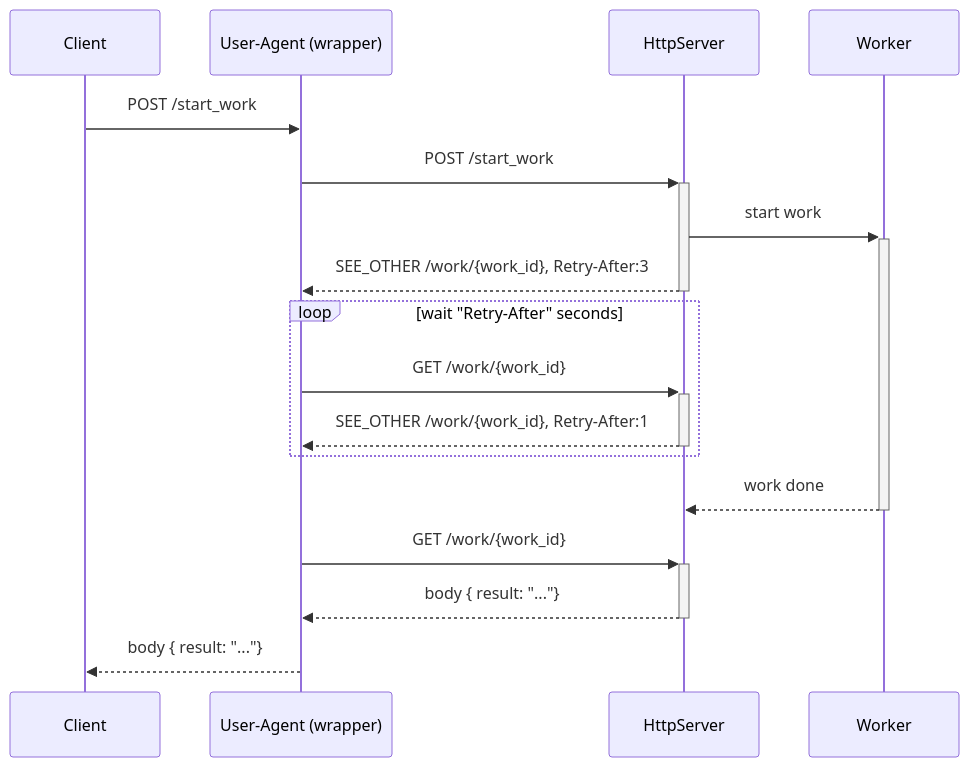
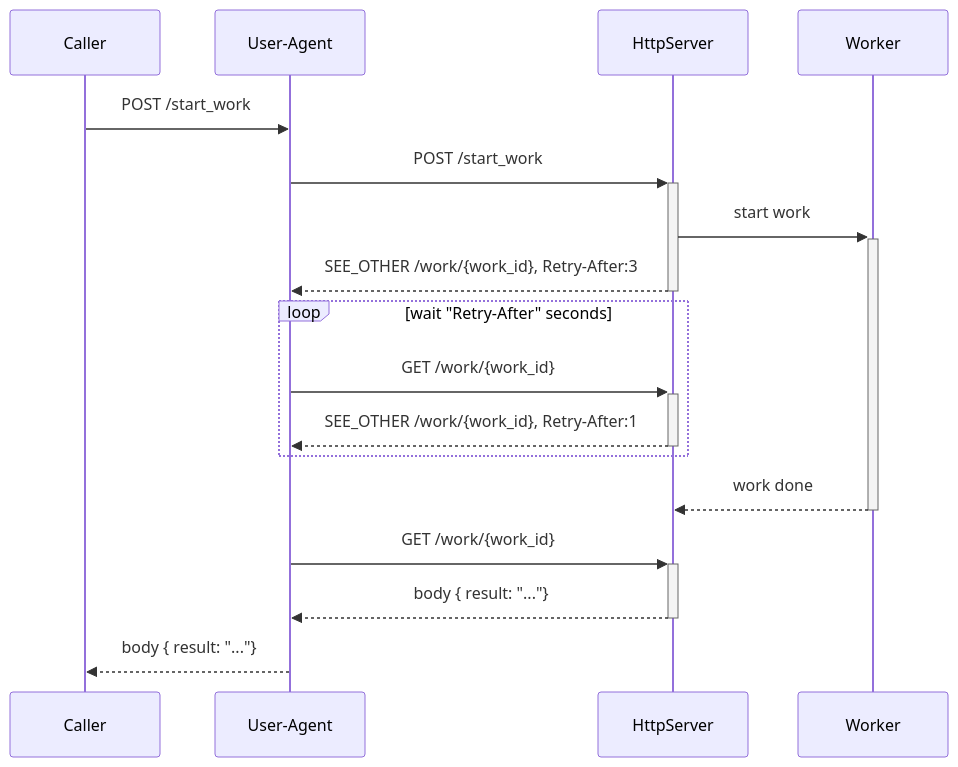
The second of 2 diagrams in polling/README.md (davidB/sandbox_http), drawn with Mermaid before and after one commit. The commit also changed other lines of this file, not shown here.

Commit message:
:pencil: rename "client" to "caller" to avoid confusion (sometmes user-agent+wrapper are named client)

````diff
--- a/polling/README.md
+++ b/polling/README.md
@@ -42,21 +42,21 @@
 ```mermaid
 sequenceDiagram
-    participant C as Client
-    participant A as User-Agent (wrapper)
+    participant C as Caller
+    participant A as User-Agent
     participant S as HttpServer
     participant W as Worker
 
     C->>A: POST /start_work
     A->>+S: POST /start_work
     S->>+W: start work
     S-->>-A: SEE_OTHER /work/{work_id}, Retry-After:3
     loop wait "Retry-After" seconds
         A->>+S: GET /work/{work_id}
         S-->>-A: SEE_OTHER /work/{work_id}, Retry-After:1
     end
     W-->>-S: work done
     A->>+S: GET /work/{work_id}
     S-->>-A: body { result: "..."}
     A-->>C: body { result: "..."}
 
 ```
````
